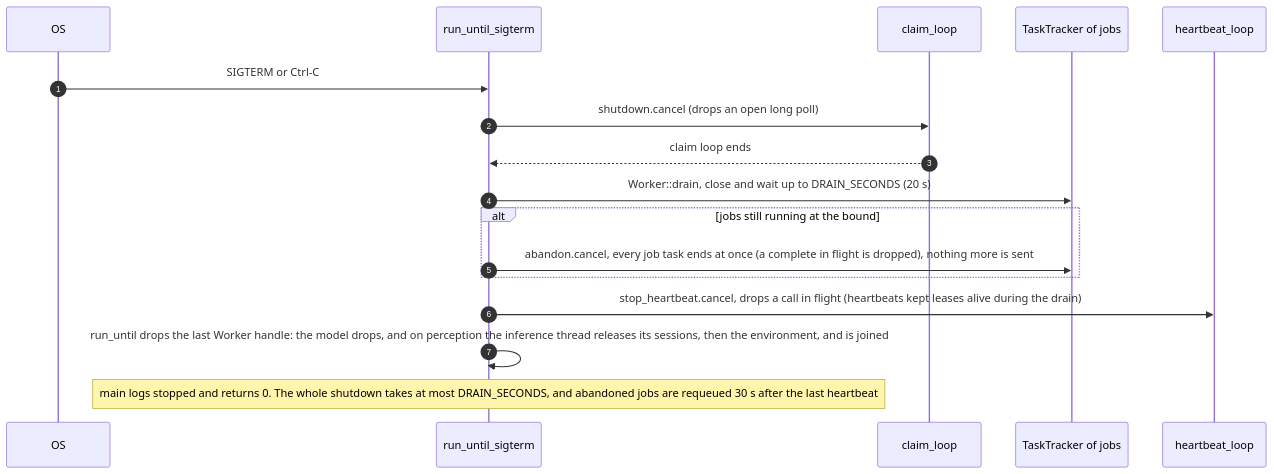
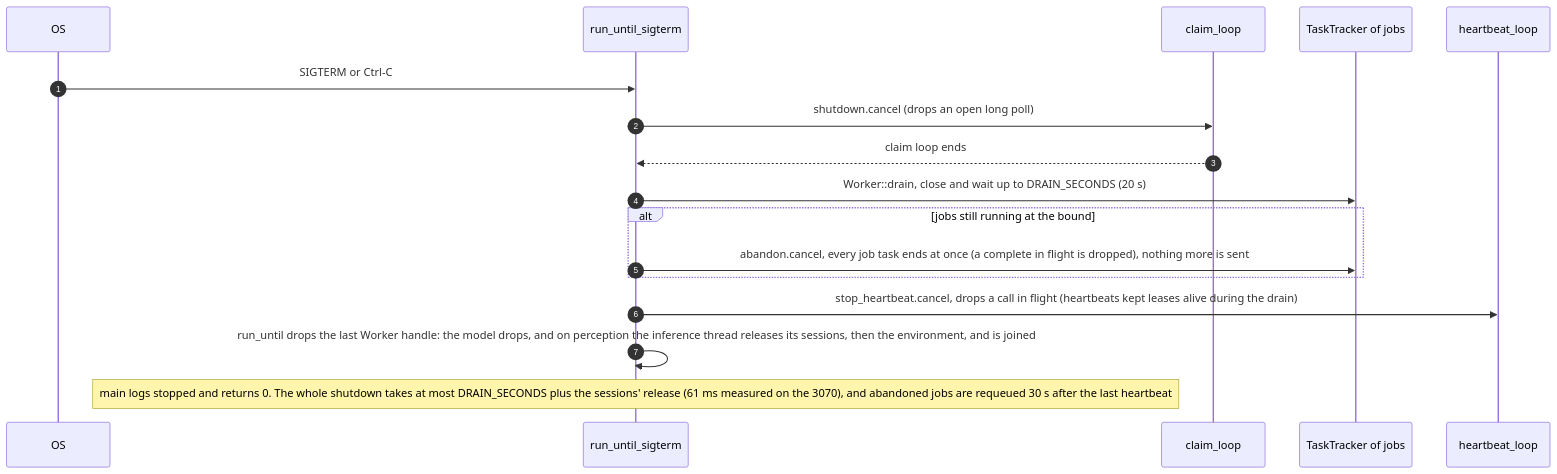
Diagram 11 of 34 in docs/backend/flows.md (aacruzgon/GreenLens), drawn with Mermaid before and after one commit. The commit also changed other lines of this file and 8 other files, not shown here.

````diff
--- a/docs/backend/flows.md
+++ b/docs/backend/flows.md
@@ -635,19 +635,19 @@
 ```mermaid
 sequenceDiagram
     autonumber
     participant OS
     participant Main as run_until_sigterm
     participant CL as claim_loop
     participant Jobs as TaskTracker of jobs
     participant HB as heartbeat_loop
     OS->>Main: SIGTERM or Ctrl-C
     Main->>CL: shutdown.cancel (drops an open long poll)
     CL-->>Main: claim loop ends
     Main->>Jobs: Worker::drain, close and wait up to DRAIN_SECONDS (20 s)
     alt jobs still running at the bound
         Main->>Jobs: abandon.cancel, every job task ends at once (a complete in flight is dropped), nothing more is sent
     end
     Main->>HB: stop_heartbeat.cancel, drops a call in flight (heartbeats kept leases alive during the drain)
     Main->>Main: run_until drops the last Worker handle: the model drops, and on perception the inference thread releases its sessions, then the environment, and is joined
-    Note over Main: main logs stopped and returns 0. The whole shutdown takes at most DRAIN_SECONDS, and abandoned jobs are requeued 30 s after the last heartbeat
+    Note over Main: main logs stopped and returns 0. The whole shutdown takes at most DRAIN_SECONDS plus the sessions' release (61 ms measured on the 3070), and abandoned jobs are requeued 30 s after the last heartbeat
 ```
````
